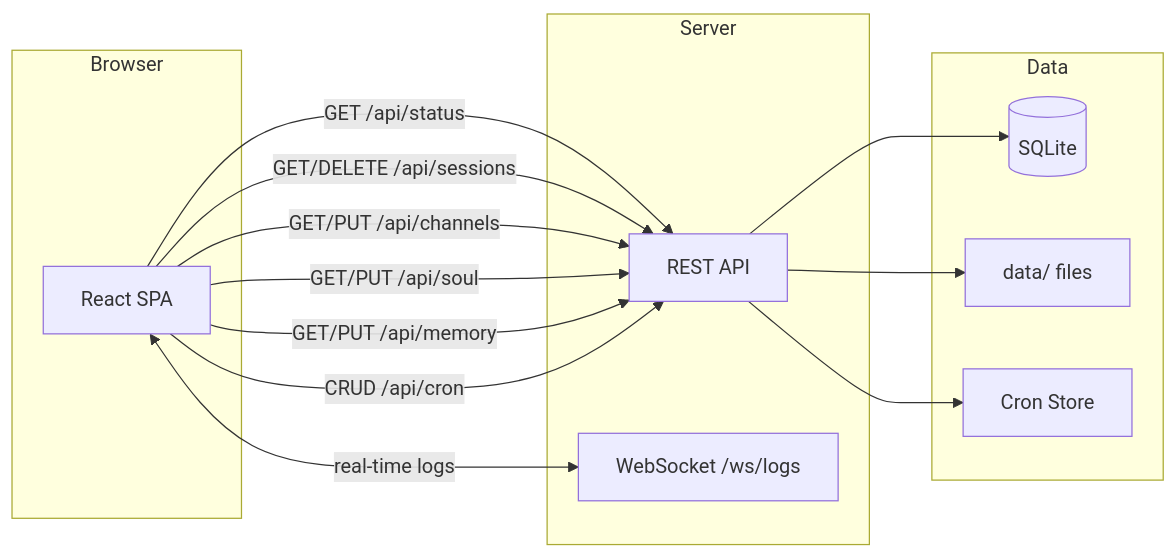
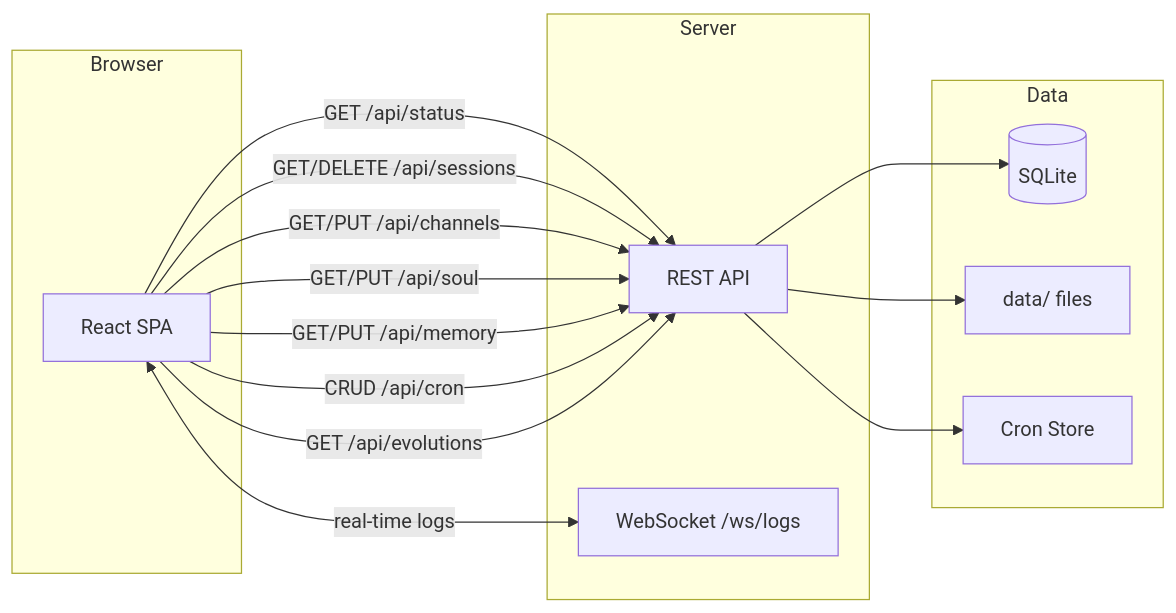
Before and after one commit to NaichuanZhang/discord-claw: the fourth of 5 diagrams in README.md, drawn with Mermaid. The commit also changed other lines of this file and 4 other files, not shown here.

````diff
--- a/README.md
+++ b/README.md
@@ -157,29 +161,30 @@
 ```mermaid
 graph LR
     subgraph Browser
         UI[React SPA]
     end
 
     subgraph Server
         API[REST API]
         WS[WebSocket /ws/logs]
     end
 
     subgraph Data
         DB[(SQLite)]
         FS[data/ files]
         CRON[Cron Store]
     end
 
     UI -->|GET /api/status| API
     UI -->|GET/DELETE /api/sessions| API
     UI -->|GET/PUT /api/channels| API
     UI -->|GET/PUT /api/soul| API
     UI -->|GET/PUT /api/memory| API
     UI -->|CRUD /api/cron| API
+    UI -->|GET /api/evolutions| API
     UI <-->|real-time logs| WS
 
     API --> DB
     API --> FS
     API --> CRON
 ```
````
